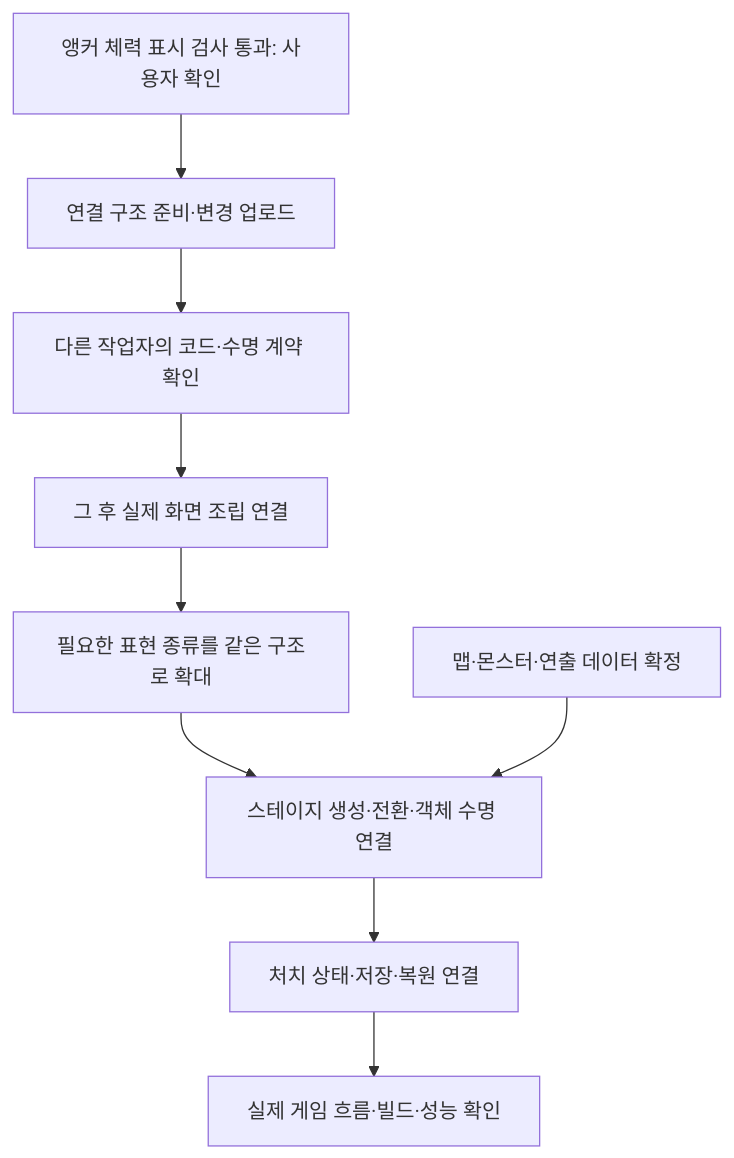
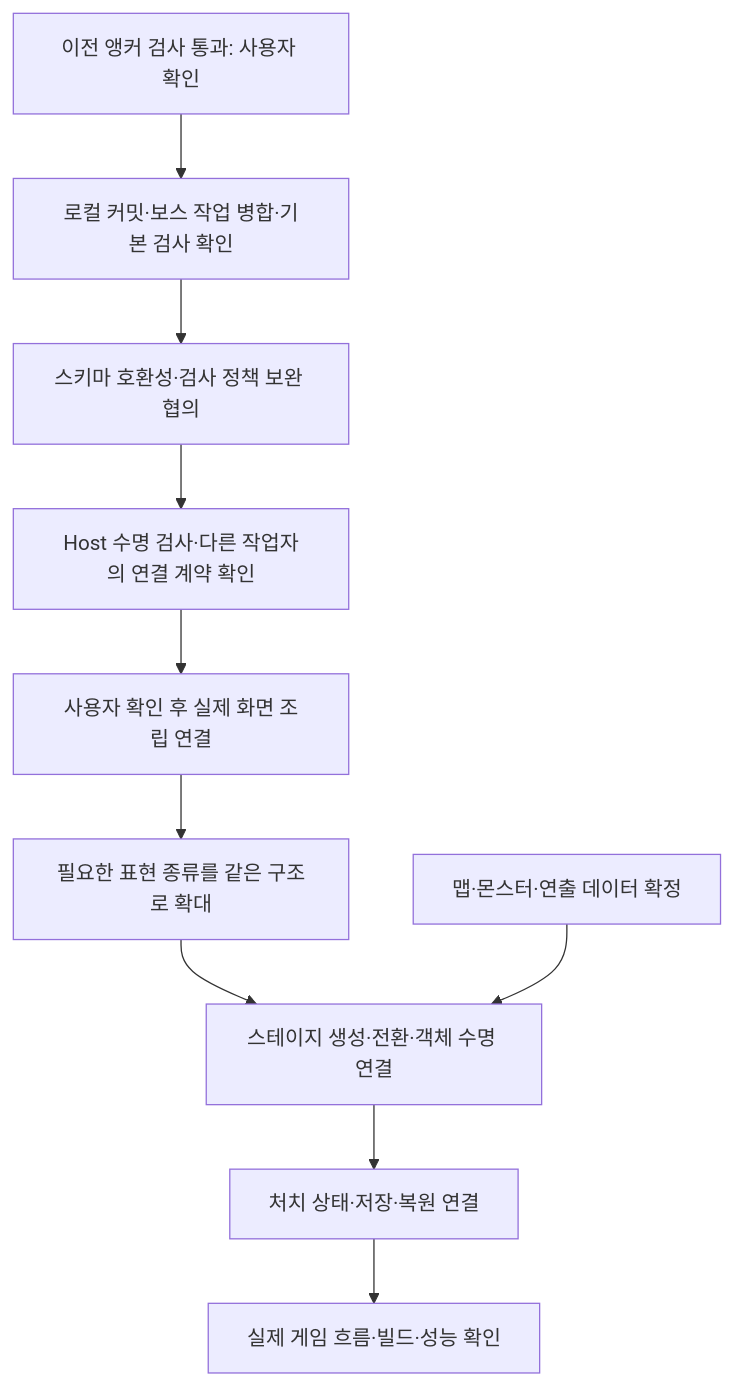
One commit to lkhwcf-arch/Human_Ghost- changed the diagram in Docs/남은 구현과 검증 작업.md. Above: the diagram before and after it, drawn with Mermaid. The commit also changed other lines of this file and 7 other files, not shown here.

````diff
--- a/Docs/남은 구현과 검증 작업.md
+++ b/Docs/남은 구현과 검증 작업.md
@@ -9,11 +10,12 @@
 ```mermaid
 flowchart TD
-    A[앵커 체력 표시 검사 통과: 사용자 확인] --> H[연결 구조 준비·변경 업로드]
-    H --> I[다른 작업자의 코드·수명 계약 확인]
-    I --> B[그 후 실제 화면 조립 연결]
+    A[이전 앵커 검사 통과: 사용자 확인] --> H[로컬 커밋·보스 작업 병합·기본 검사 확인]
+    H --> J[스키마 호환성·검사 정책 보완 협의]
+    J --> I[Host 수명 검사·다른 작업자의 연결 계약 확인]
+    I --> B[사용자 확인 후 실제 화면 조립 연결]
     B --> C[필요한 표현 종류를 같은 구조로 확대]
     C --> D[스테이지 생성·전환·객체 수명 연결]
     D --> E[처치 상태·저장·복원 연결]
     E --> F[실제 게임 흐름·빌드·성능 확인]
     G[맵·몬스터·연출 데이터 확정] --> D
 ```
````
